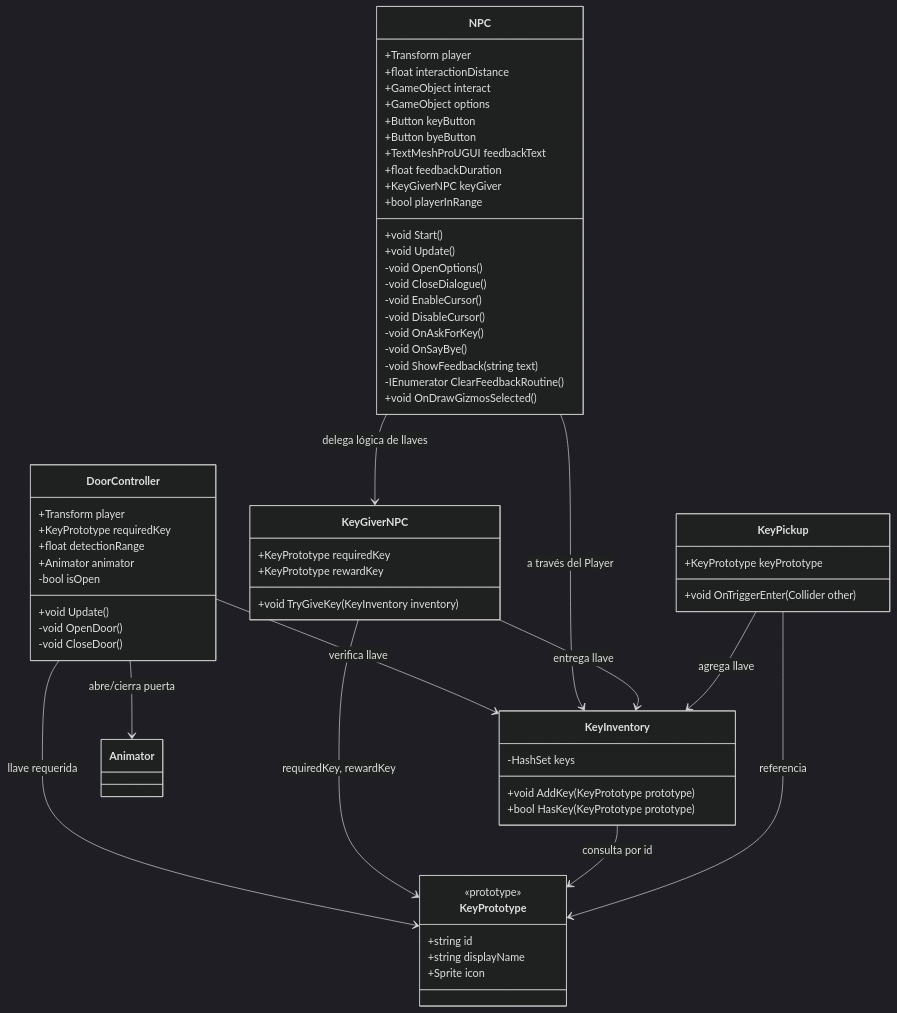
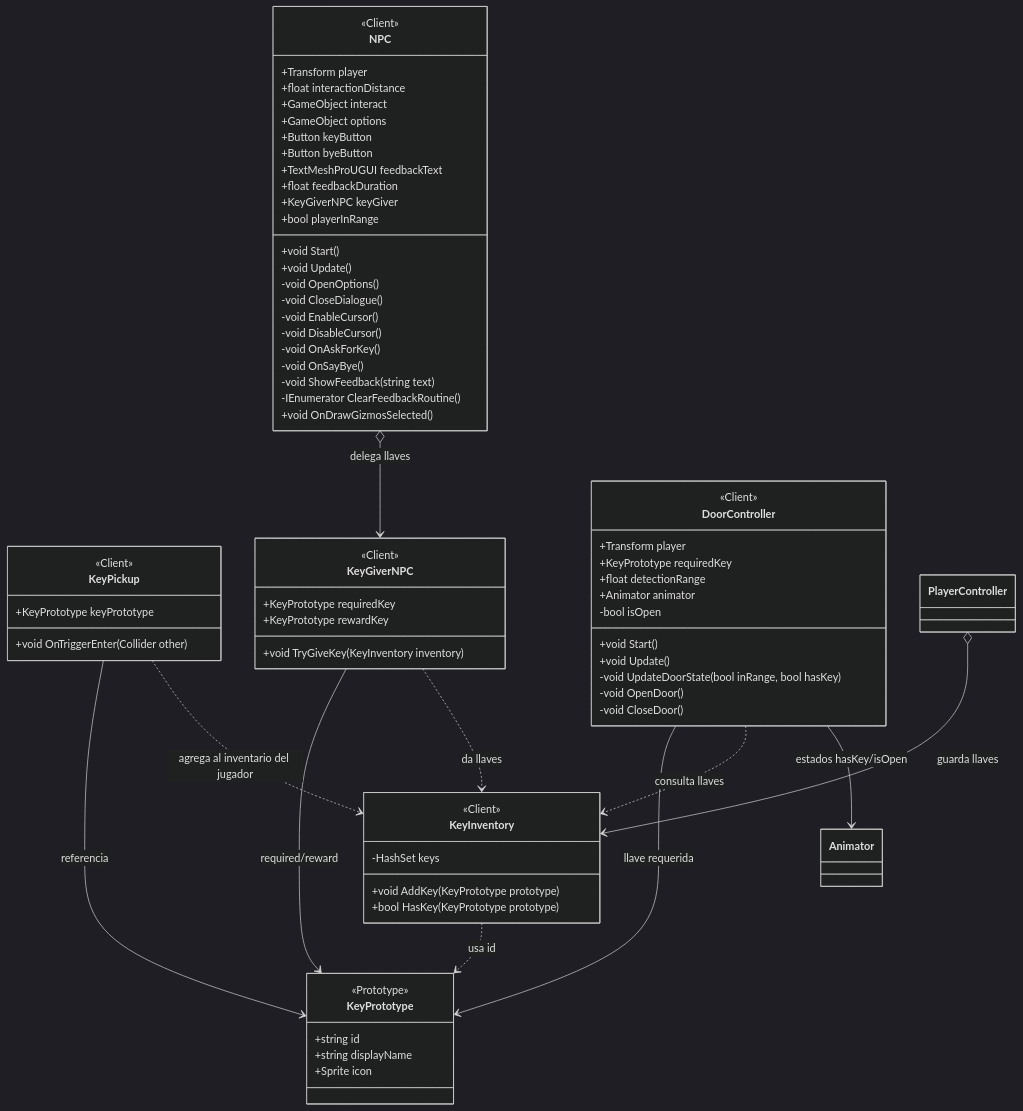
Before and after one commit to darwok/TheNewFrontier: the fifth of 6 diagrams in README.md, drawn with Mermaid (dark theme). The commit also changed other lines of this file, not shown here.

````diff
--- a/README.md
+++ b/README.md
@@ -310,41 +368,50 @@
 ```mermaid
 classDiagram
+direction TB
+
 class KeyPrototype {
-  <<prototype>>
+  <<Prototype>>
   +string id
   +string displayName
   +Sprite icon
 }
 
 class KeyInventory {
+  <<Client>>
   -HashSet<string> keys
   +void AddKey(KeyPrototype prototype)
   +bool HasKey(KeyPrototype prototype)
 }
 
 class KeyPickup {
+  <<Client>>
   +KeyPrototype keyPrototype
   +void OnTriggerEnter(Collider other)
 }
 
 class KeyGiverNPC {
+  <<Client>>
   +KeyPrototype requiredKey
   +KeyPrototype rewardKey
   +void TryGiveKey(KeyInventory inventory)
 }
 
 class DoorController {
+  <<Client>>
   +Transform player
   +KeyPrototype requiredKey
   +float detectionRange
   +Animator animator
   -bool isOpen
+  +void Start()
   +void Update()
+  -void UpdateDoorState(bool inRange, bool hasKey)
   -void OpenDoor()
   -void CloseDoor()
 }
 
 class NPC {
+  <<Client>>
   +Transform player
   +float interactionDistance
   +GameObject interact
@@ -368,18 +435,17 @@
   +void OnDrawGizmosSelected()
 }
 
+KeyInventory ..> KeyPrototype : usa id
+
 KeyPickup --> KeyPrototype : referencia
-KeyPickup --> KeyInventory : agrega llave
+KeyPickup ..> KeyInventory : agrega al inventario del jugador
 
-KeyInventory --> KeyPrototype : consulta por id
+KeyGiverNPC --> KeyPrototype : required/reward
+KeyGiverNPC ..> KeyInventory : da llaves
 
-KeyGiverNPC --> KeyPrototype : requiredKey, rewardKey
-KeyGiverNPC --> KeyInventory : entrega llave
-
-NPC --> KeyGiverNPC : delega lógica de llaves
-NPC --> KeyInventory : a través del Player
-
+NPC o--> KeyGiverNPC : delega llaves
 DoorController --> KeyPrototype : llave requerida
-DoorController --> KeyInventory : verifica llave
-DoorController --> Animator : abre/cierra puerta
+DoorController ..> KeyInventory : consulta llaves
+DoorController --> Animator : estados hasKey/isOpen
+PlayerController o--> KeyInventory : guarda llaves
 ```
````
